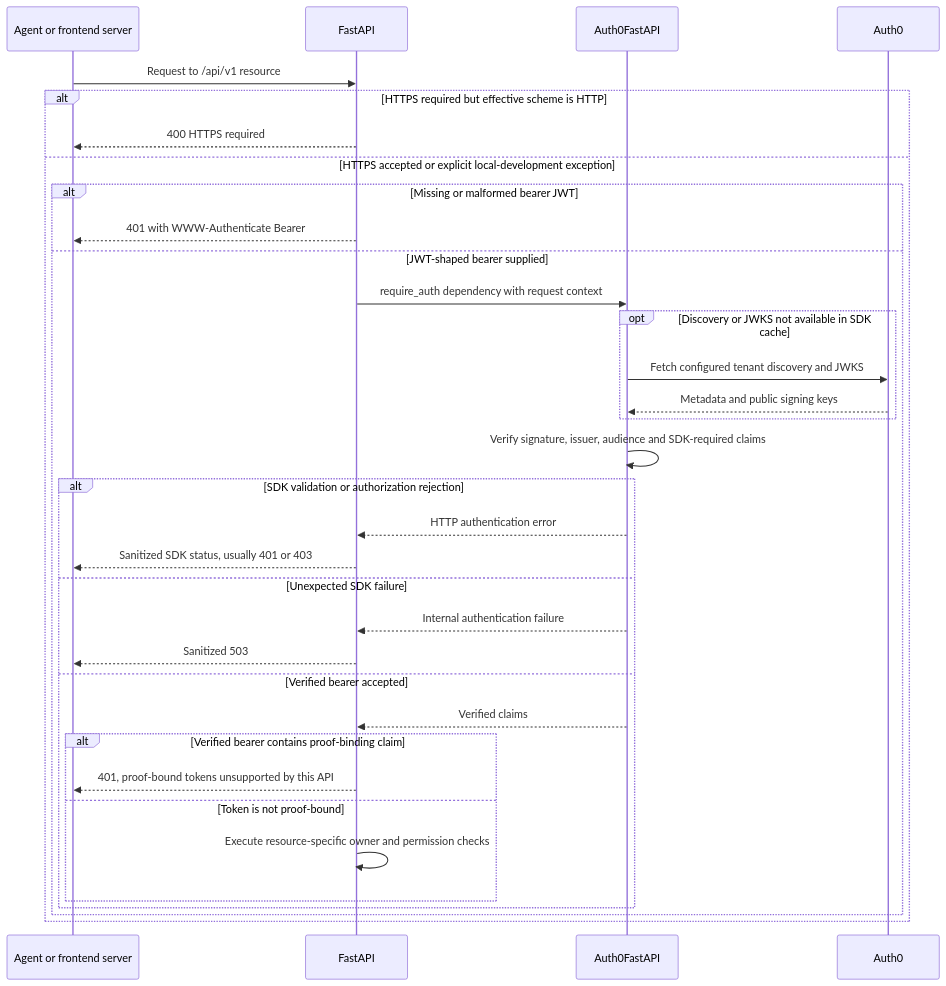
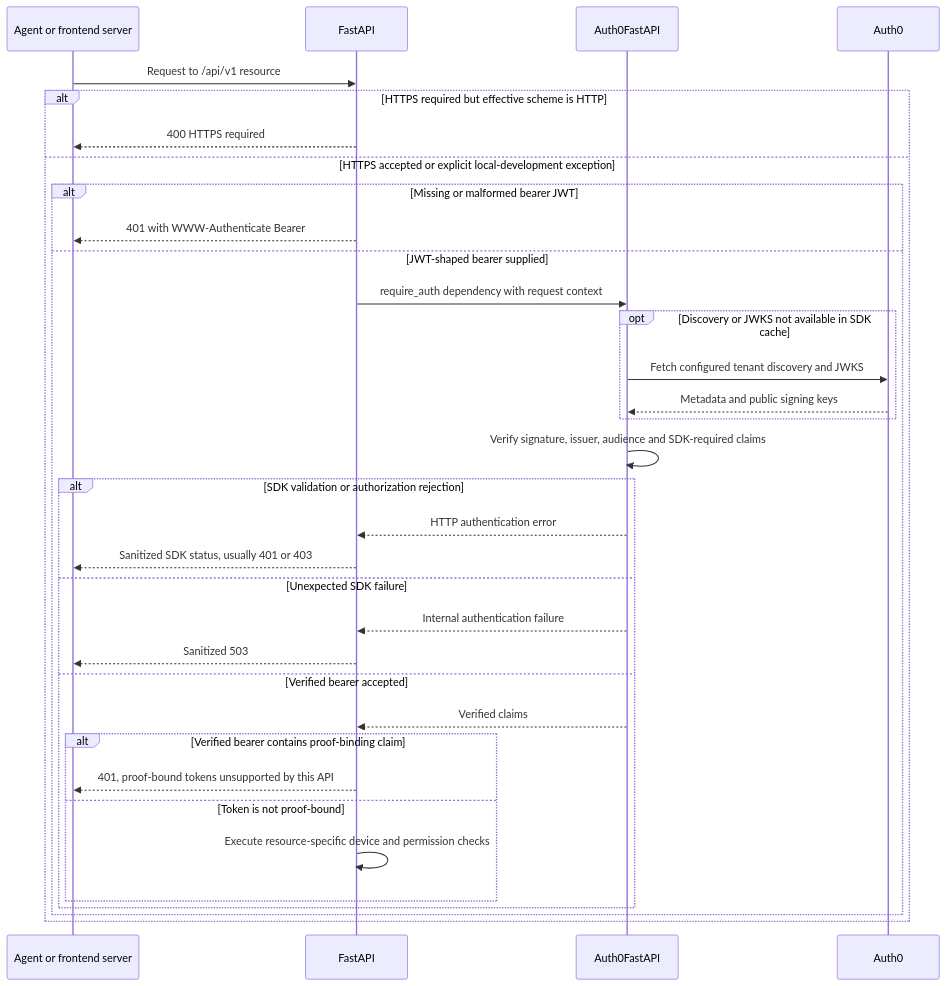
Before and after one commit to lucagiorgino/http-logger-collector: the sixth of 24 diagrams in docs/IMPLEMENTATION_STATUS.md, drawn with Mermaid. The commit also changed other lines of this file and 7 other files, not shown here.

First line of the commit message:
docs: update architecture and operational guidance

````diff
--- a/docs/IMPLEMENTATION_STATUS.md
+++ b/docs/IMPLEMENTATION_STATUS.md
@@ -376,36 +486,36 @@
 ```mermaid
 sequenceDiagram
     participant Caller as Agent or frontend server
     participant API as FastAPI
     participant SDK as Auth0FastAPI
     participant IdP as Auth0
     Caller->>API: Request to /api/v1 resource
     alt HTTPS required but effective scheme is HTTP
         API-->>Caller: 400 HTTPS required
     else HTTPS accepted or explicit local-development exception
         alt Missing or malformed bearer JWT
             API-->>Caller: 401 with WWW-Authenticate Bearer
         else JWT-shaped bearer supplied
             API->>SDK: require_auth dependency with request context
             opt Discovery or JWKS not available in SDK cache
                 SDK->>IdP: Fetch configured tenant discovery and JWKS
                 IdP-->>SDK: Metadata and public signing keys
             end
             SDK->>SDK: Verify signature, issuer, audience and SDK-required claims
             alt SDK validation or authorization rejection
                 SDK-->>API: HTTP authentication error
                 API-->>Caller: Sanitized SDK status, usually 401 or 403
             else Unexpected SDK failure
                 SDK-->>API: Internal authentication failure
                 API-->>Caller: Sanitized 503
             else Verified bearer accepted
                 SDK-->>API: Verified claims
                 alt Verified bearer contains proof-binding claim
                     API-->>Caller: 401, proof-bound tokens unsupported by this API
                 else Token is not proof-bound
-                    API->>API: Execute resource-specific owner and permission checks
+                    API->>API: Execute resource-specific device and permission checks
                 end
             end
         end
     end
 ```
````
